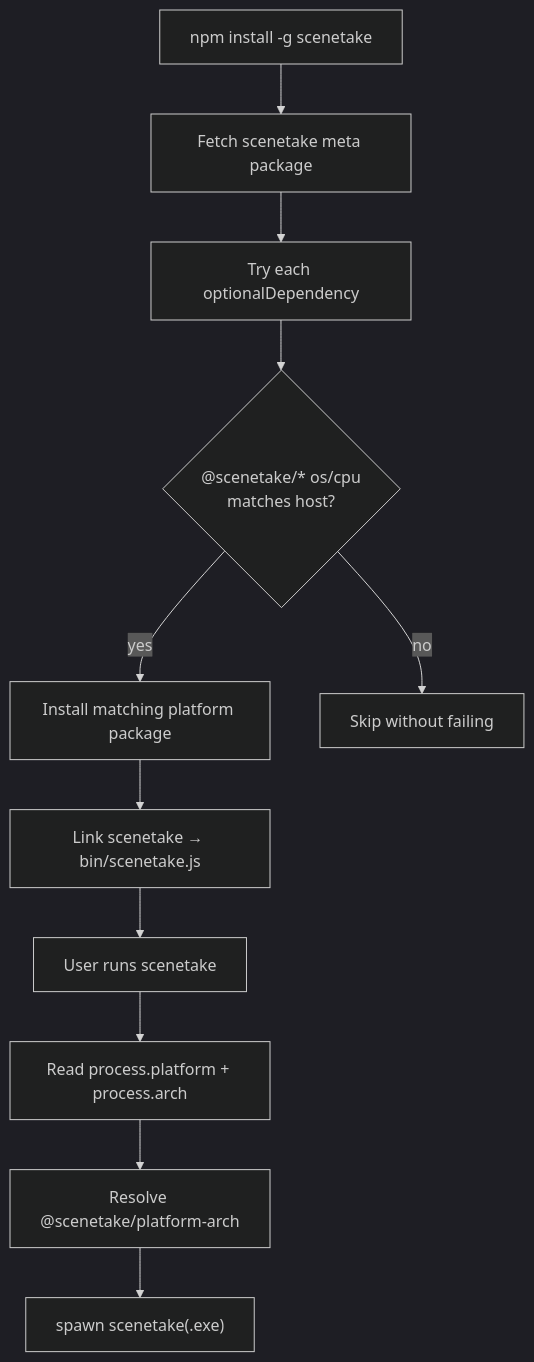
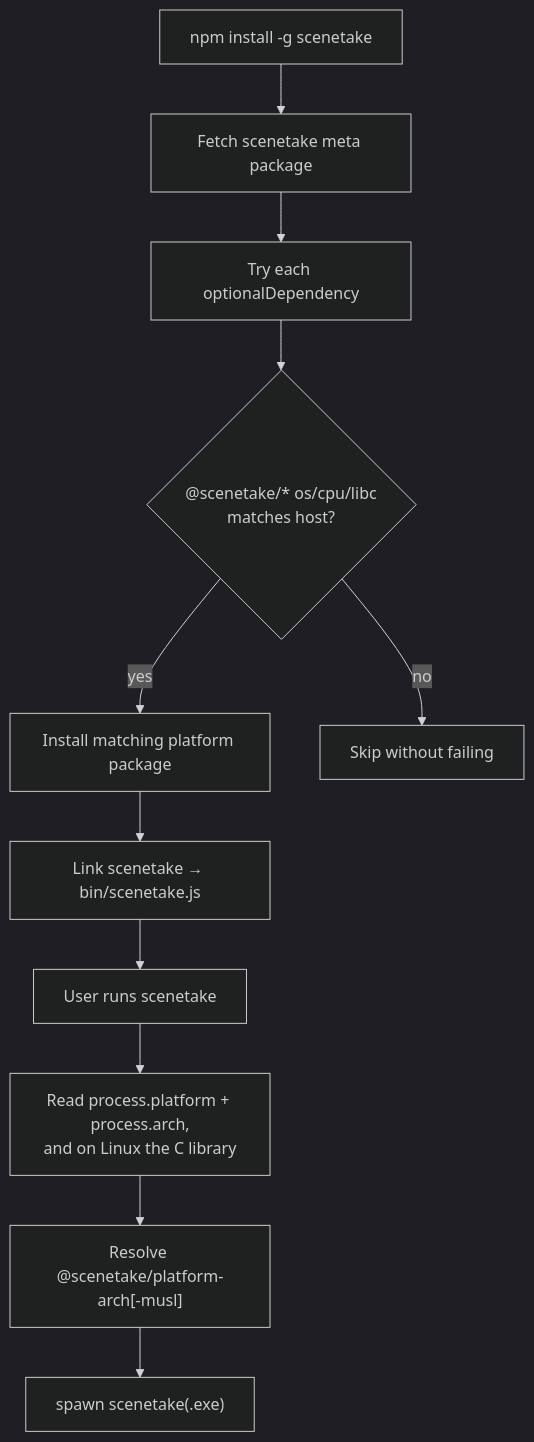
The diagram in .github/docs/spec_install.md (guitarrapc/scenetake), drawn with Mermaid (dark theme) before and after one commit. The commit also changed other lines of this file and 18 other files, not shown here.

````diff
--- a/.github/docs/spec_install.md
+++ b/.github/docs/spec_install.md
@@ -126,13 +157,13 @@
 ```mermaid
 flowchart TD
   A["npm install -g scenetake"] --> B["Fetch scenetake meta package"]
   B --> C["Try each optionalDependency"]
-  C --> D{"@scenetake/* os/cpu\nmatches host?"}
+  C --> D{"@scenetake/* os/cpu/libc\nmatches host?"}
   D -->|yes| E["Install matching platform package"]
   D -->|no| F["Skip without failing"]
   E --> G["Link scenetake → bin/scenetake.js"]
   G --> H["User runs scenetake"]
-  H --> I["Read process.platform + process.arch"]
-  I --> J["Resolve @scenetake/platform-arch"]
+  H --> I["Read process.platform + process.arch,\nand on Linux the C library"]
+  I --> J["Resolve @scenetake/platform-arch[-musl]"]
   J --> K["spawn scenetake(.exe)"]
 ```
````
